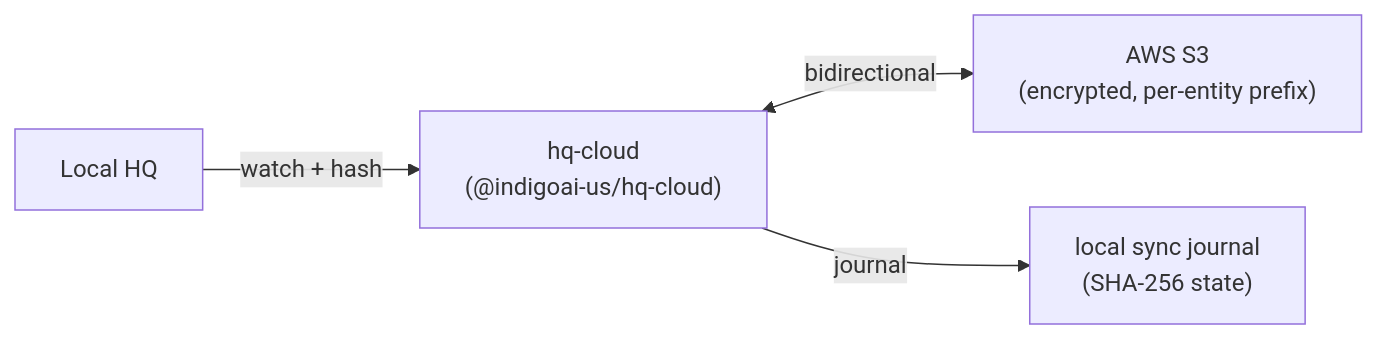
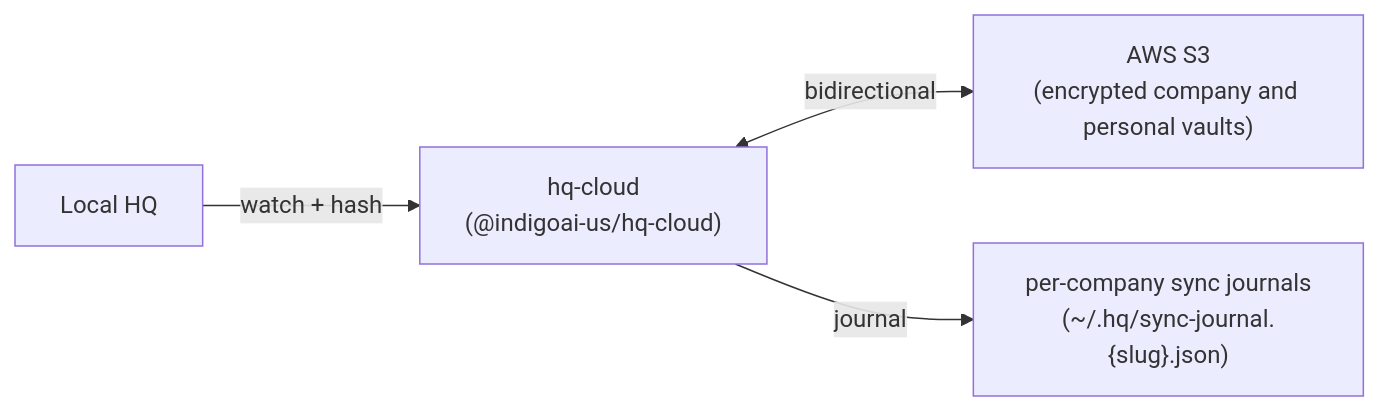
Before and after one commit to indigoai-us/indigo-docs: the diagram in src/content/docs/hq/products/hq-cloud.mdx, drawn with Mermaid. The commit also changed other lines of this file and 92 other files, not shown here.

````diff
--- a/src/content/docs/hq/products/hq-cloud.mdx
+++ b/src/content/docs/hq/products/hq-cloud.mdx
@@ -23,6 +23,6 @@
 ```mermaid
 graph LR
     local["Local HQ"] -->|watch + hash| engine["hq-cloud<br/>(@indigoai-us/hq-cloud)"]
-    engine <-->|bidirectional| s3["AWS S3<br/>(encrypted, per-entity prefix)"]
-    engine -->|journal| journal["local sync journal<br/>(SHA-256 state)"]
+    engine <-->|bidirectional| s3["AWS S3<br/>(encrypted company and personal vaults)"]
+    engine -->|journal| journal["per-company sync journals<br/>(~/.hq/sync-journal.{slug}.json)"]
 ```
````
